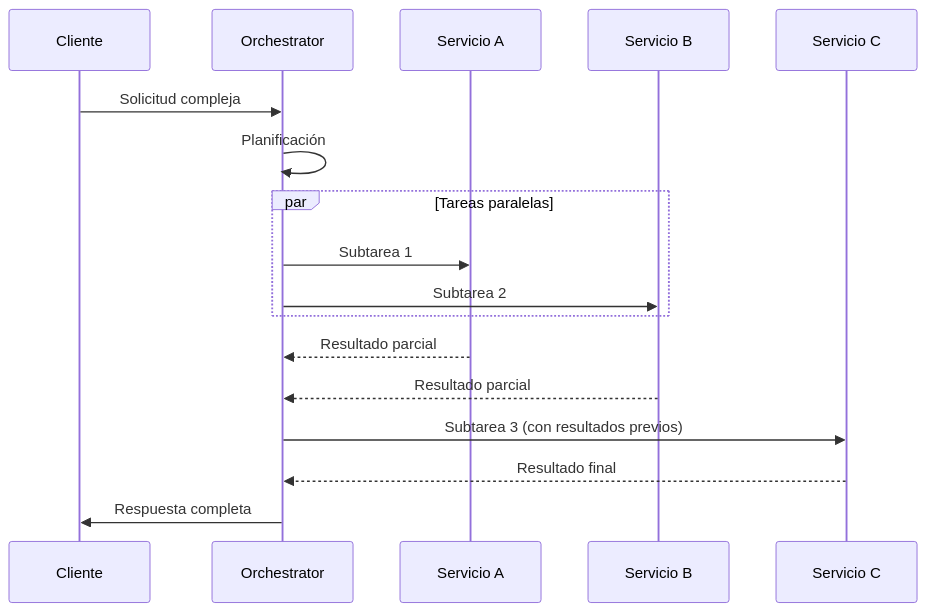
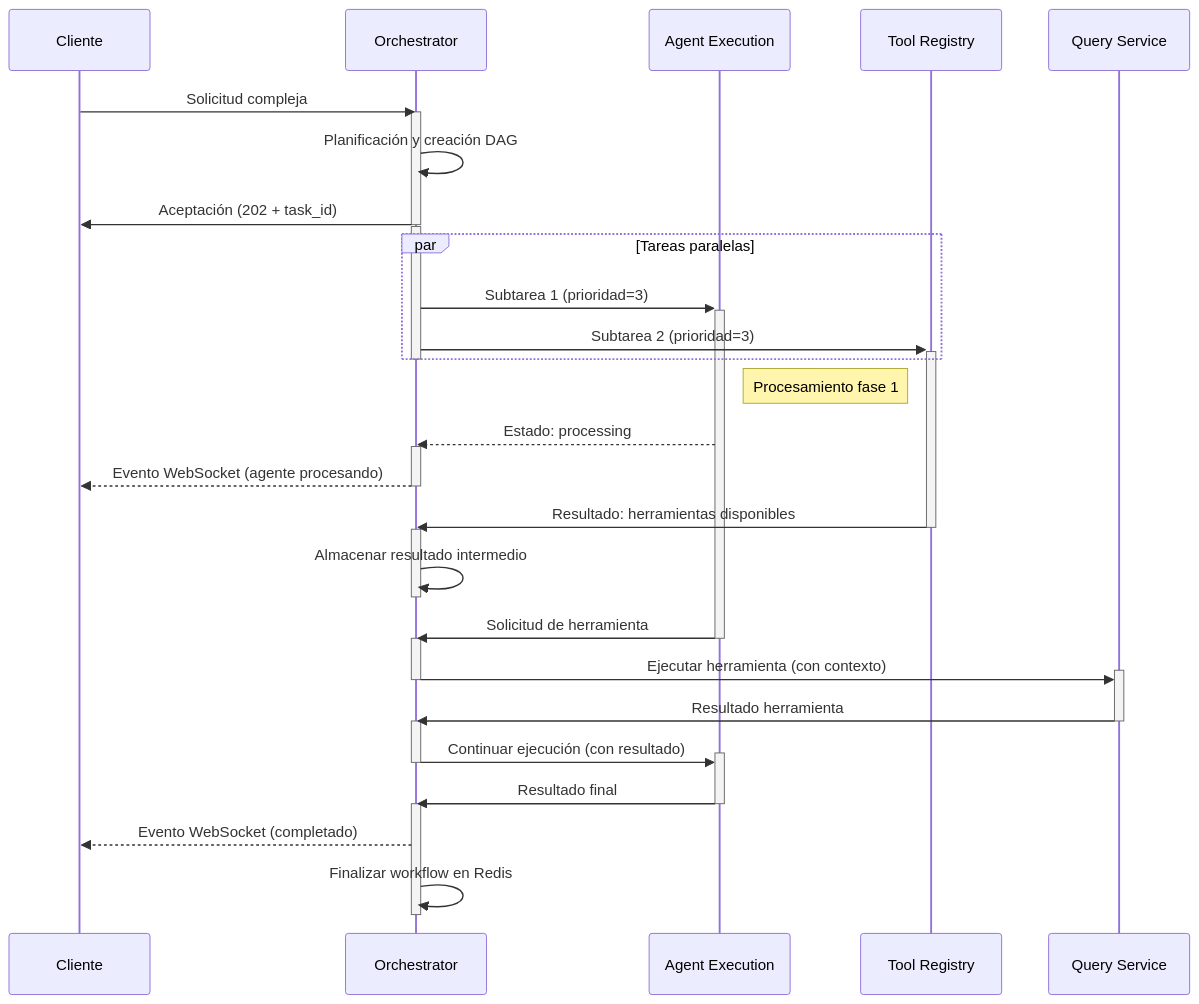
The third of 8 diagrams in backend/docs/agent-orchestrator-service/communication/internal/internal_communication.md (kkvrivishvili/nooble3), drawn with Mermaid before and after one commit. The commit also changed other lines of this file and 7 other files, not shown here.

````diff
--- a/backend/docs/agent-orchestrator-service/communication/internal/internal_communication.md
+++ b/backend/docs/agent-orchestrator-service/communication/internal/internal_communication.md
@@ -128,24 +262,48 @@
 ```mermaid
 sequenceDiagram
     participant C as Cliente
     participant O as Orchestrator
-    participant S1 as Servicio A
-    participant S2 as Servicio B
-    participant S3 as Servicio C
+    participant S1 as Agent Execution
+    participant S2 as Tool Registry
+    participant S3 as Query Service
     
     C->>O: Solicitud compleja
-    O->>O: Planificación
+    activate O
+    O->>O: Planificación y creación DAG
+    O->>C: Aceptación (202 + task_id)
+    deactivate O
     
+    activate O
     par Tareas paralelas
-        O->>S1: Subtarea 1
-        O->>S2: Subtarea 2
+        O->>+S1: Subtarea 1 (prioridad=3)
+        O->>+S2: Subtarea 2 (prioridad=3)
     end
+    deactivate O
     
-    S1-->>O: Resultado parcial
-    S2-->>O: Resultado parcial
+    Note right of S1: Procesamiento fase 1
+    S1-->>O: Estado: processing
+    activate O
+    O-->>C: Evento WebSocket (agente procesando)
+    deactivate O
     
-    O->>S3: Subtarea 3 (con resultados previos)
-    S3-->>O: Resultado final
+    S2->>-O: Resultado: herramientas disponibles
+    activate O
+    O->>O: Almacenar resultado intermedio
+    deactivate O
     
-    O->>C: Respuesta completa
+    S1->>-O: Solicitud de herramienta
+    activate O
+    O->>+S3: Ejecutar herramienta (con contexto)
+    deactivate O
+    
+    S3->>-O: Resultado herramienta
+    activate O
+    O->>+S1: Continuar ejecución (con resultado)
+    deactivate O
+    
+    S1->>-O: Resultado final
+    activate O
+    O-->>C: Evento WebSocket (completado)
+    O->>O: Finalizar workflow en Redis
+    deactivate O
 ```
````
